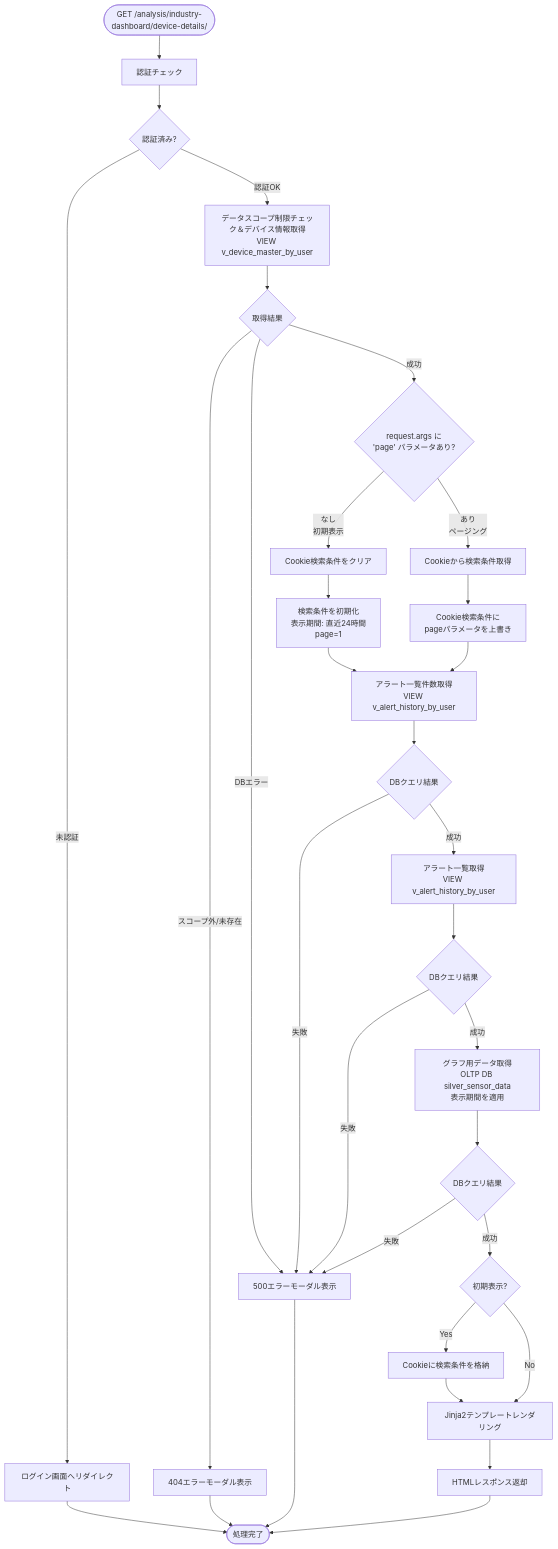
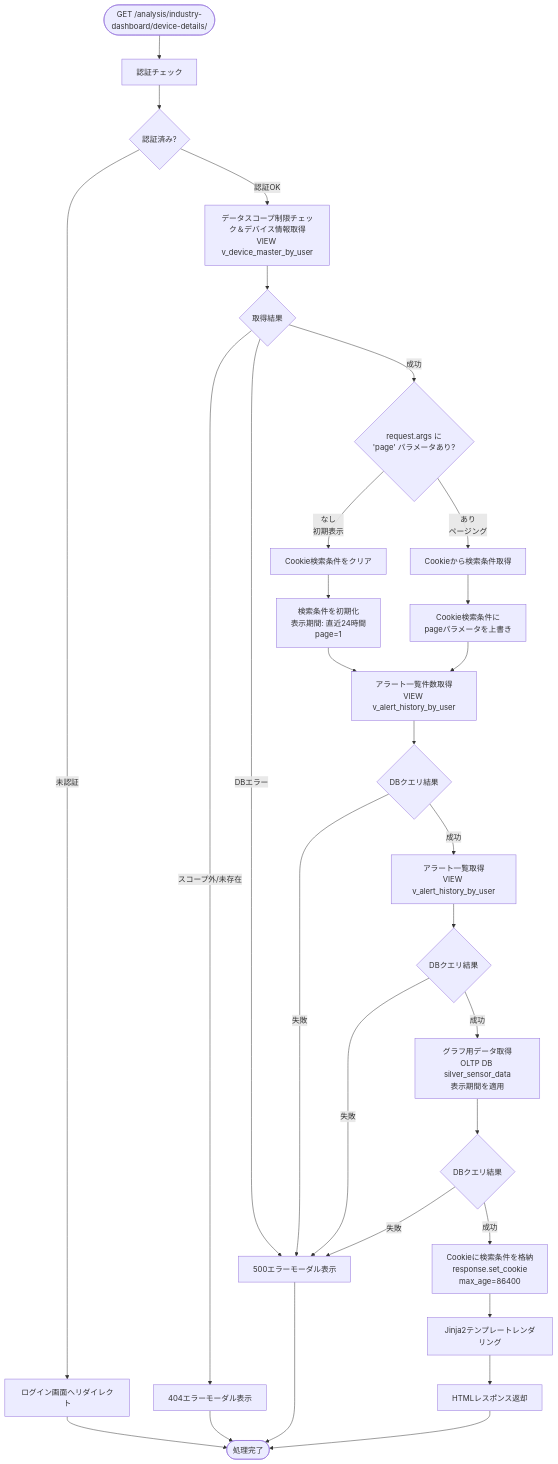
Before and after one commit to NSW-SVCP-AIWG002/Databricks-IoT: the fourth of 5 diagrams in docs/03-features/flask-app/industry-dashboard/workflow-specification.md, drawn with Mermaid. The commit also changed other lines of this file and 3 other files, not shown here.

````diff
--- a/docs/03-features/flask-app/industry-dashboard/workflow-specification.md
+++ b/docs/03-features/flask-app/industry-dashboard/workflow-specification.md
@@ -790,44 +788,41 @@
 ```mermaid
 flowchart TD
     Start([GET /analysis/industry-dashboard/device-details/<device_uuid>]) --> Auth[認証チェック]
     Auth --> CheckAuth{認証済み?}
     CheckAuth -->|未認証| LoginRedirect[ログイン画面へリダイレクト]
 
     CheckAuth -->|認証OK| DeviceQuery[データスコープ制限チェック＆デバイス情報取得<br>VIEW v_device_master_by_user]
     DeviceQuery --> CheckDeviceQuery{取得結果}
     CheckDeviceQuery -->|スコープ外/未存在| Error404[404エラーモーダル表示]
     CheckDeviceQuery -->|DBエラー| Error500[500エラーモーダル表示]
 
     CheckDeviceQuery -->|成功| CheckPage{request.args に<br>'page' パラメータあり?}
 
     CheckPage -->|なし<br>初期表示| ClearCookie[Cookie検索条件をクリア]
     CheckPage -->|あり<br>ページング| GetCookie[Cookieから検索条件取得]
 
     ClearCookie --> InitParams[検索条件を初期化<br>表示期間: 直近24時間<br>page=1]
     GetCookie --> OverridePage[Cookie検索条件に<br>pageパラメータを上書き]
 
     InitParams --> AlertCount[アラート一覧件数取得<br>VIEW v_alert_history_by_user]
     OverridePage --> AlertCount
     AlertCount --> CheckAlertCount{DBクエリ結果}
     CheckAlertCount -->|失敗| Error500
 
     CheckAlertCount -->|成功| AlertQuery[アラート一覧取得<br>VIEW v_alert_history_by_user]
     AlertQuery --> CheckAlertQuery{DBクエリ結果}
     CheckAlertQuery -->|失敗| Error500
 
     CheckAlertQuery -->|成功| GraphQuery[グラフ用データ取得<br>OLTP DB silver_sensor_data<br>表示期間を適用]
     GraphQuery --> CheckGraphQuery{DBクエリ結果}
     CheckGraphQuery -->|失敗| Error500
 
-    CheckGraphQuery -->|成功| CheckInitial{初期表示?}
-    CheckInitial -->|Yes| SaveCookie[Cookieに検索条件を格納]
-    CheckInitial -->|No| Template[Jinja2テンプレートレンダリング]
-
-    SaveCookie --> Template
+    CheckGraphQuery -->|成功| SaveCookie[Cookieに検索条件を格納<br>response.set_cookie<br>max_age=86400]
+    SaveCookie --> Template[Jinja2テンプレートレンダリング]
     Template --> Response[HTMLレスポンス返却]
 
     LoginRedirect --> End([処理完了])
     Response --> End
     Error404 --> End
     Error500 --> End
 ```
````
